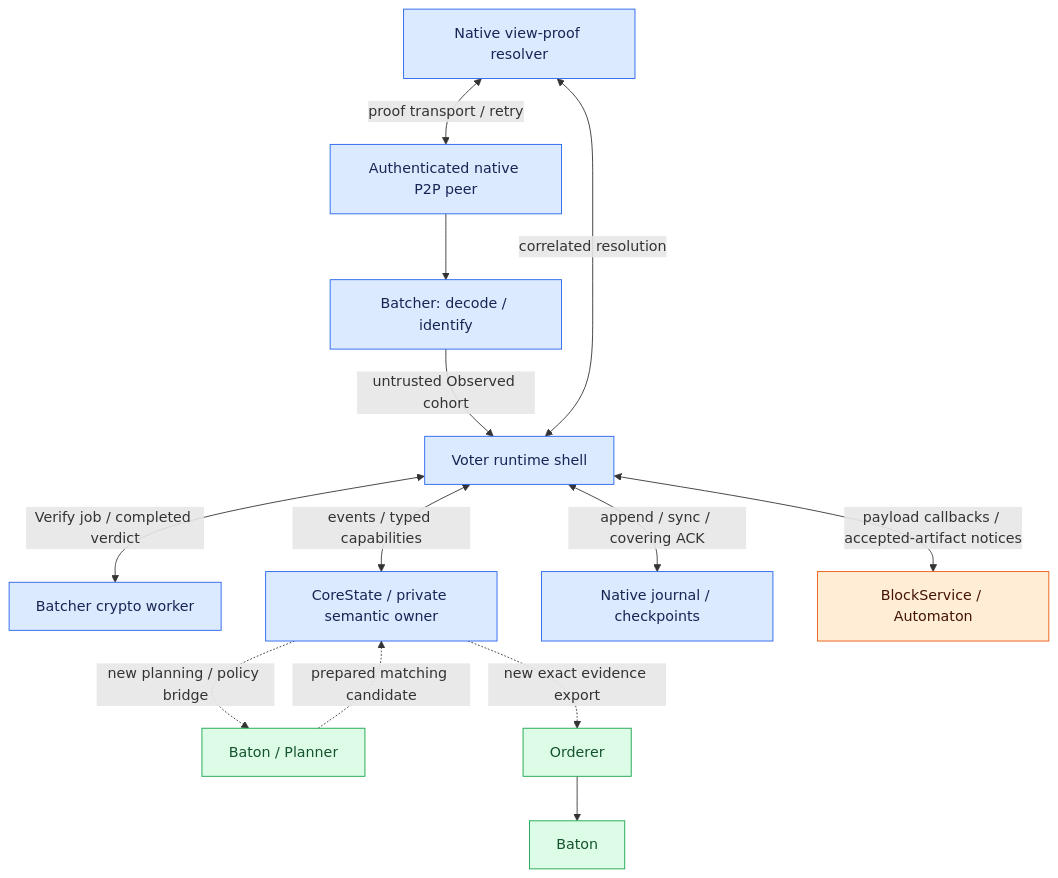
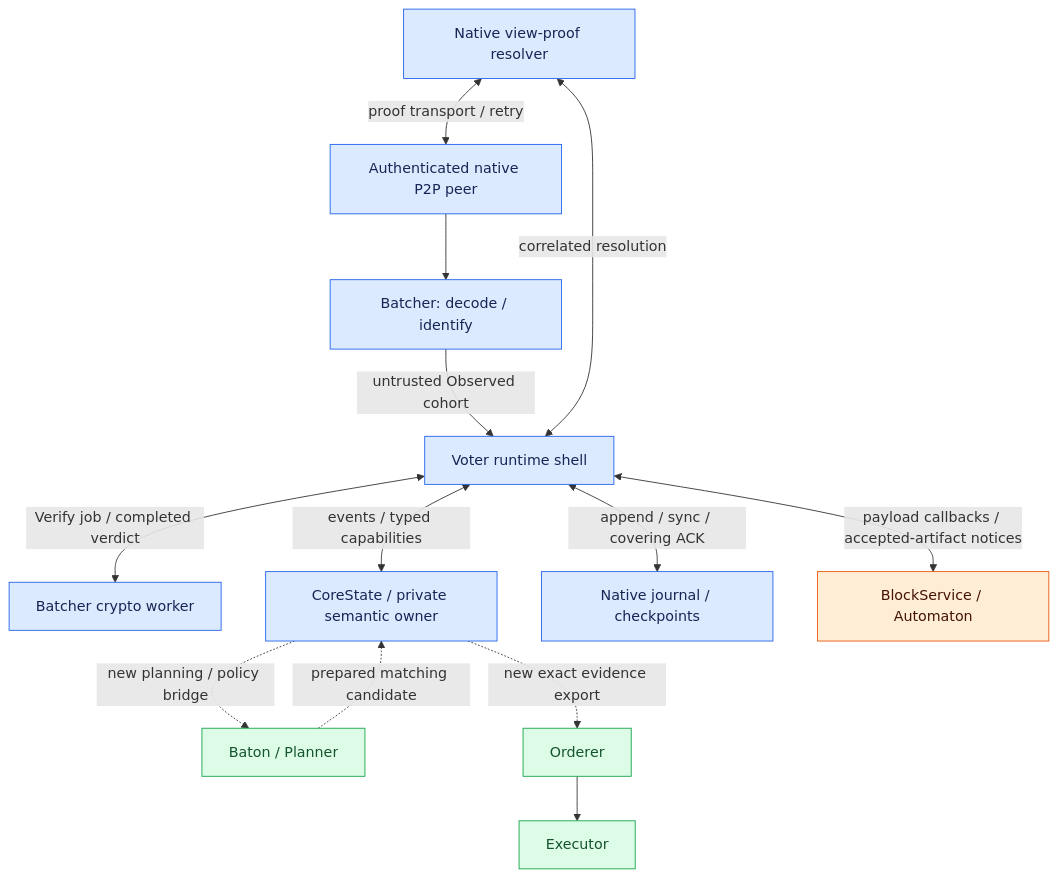
One commit to djm07073/baton-research changed the diagram in docs/consensus/README.md. Above: the diagram before and after it, drawn with Mermaid. The commit also changed other lines of this file and 99 other files, not shown here.

````diff
--- a/docs/consensus/README.md
+++ b/docs/consensus/README.md
@@ -17,21 +17,21 @@
 ```mermaid
 flowchart TB
     W[Authenticated native P2P peer] --> B[Batcher: decode / identify]
     B -->|untrusted Observed cohort| V[Voter runtime shell]
     V <-->|Verify job / completed verdict| K[Batcher crypto worker]
     R[Native view-proof resolver] <-->|proof transport / retry| W
     R <-->|correlated resolution| V
     V <-->|events / typed capabilities| C[CoreState / private semantic owner]
     V <-->|append / sync / covering ACK| J[Native journal / checkpoints]
     V <-->|payload callbacks / accepted-artifact notices| A[BlockService / Automaton]
     C -. new planning / policy bridge .-> P[Baton / Planner]
     P -. prepared matching candidate .-> C
     C -. new exact evidence export .-> D[Orderer]
-    D --> E[Baton]
+    D --> E[Executor]
     classDef reuse fill:#dbeafe,stroke:#2563eb,color:#172554;
     classDef adapt fill:#ffedd5,stroke:#ea580c,color:#431407;
     classDef fresh fill:#dcfce7,stroke:#16a34a,color:#14532d;
     class W,B,K,V,R,C,J reuse;
     class A adapt;
     class P,D,E fresh;
 ```
````
